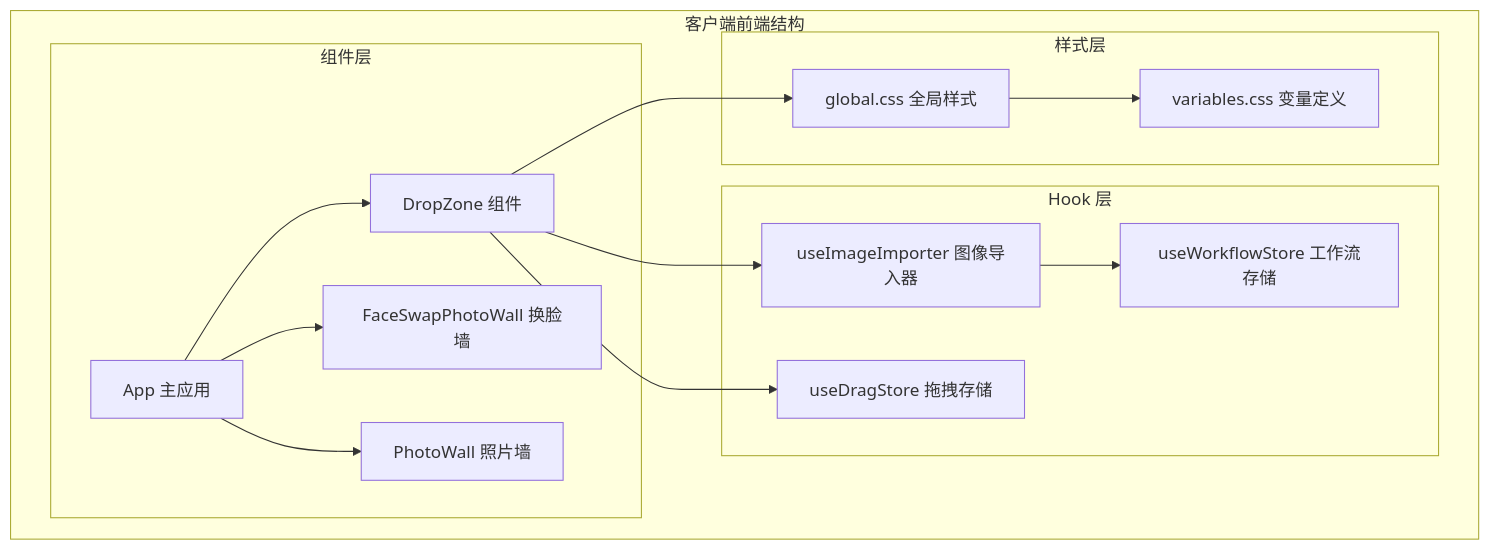
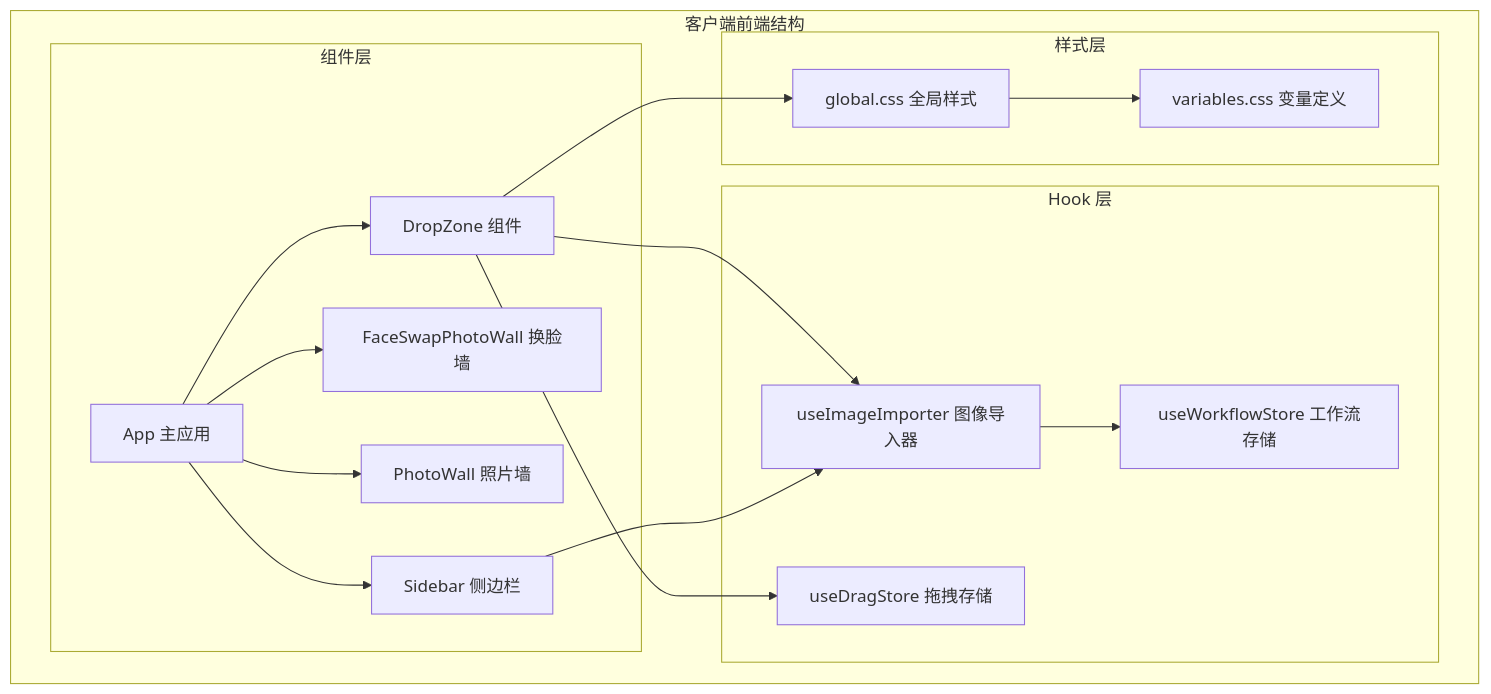
Before and after one commit to billye220670/CorineKit_Pix2Real: the first of 13 diagrams in .qoder/repowiki/zh/content/用户界面组件/核心界面组件/拖拽上传区域 (DropZone).md, drawn with Mermaid. The commit also changed other lines of this file and 13 other files, not shown here.

````diff
--- a/.qoder/repowiki/zh/content/用户界面组件/核心界面组件/拖拽上传区域 (DropZone).md
+++ b/.qoder/repowiki/zh/content/用户界面组件/核心界面组件/拖拽上传区域 (DropZone).md
@@ -36,28 +47,31 @@
 ```mermaid
 graph TB
 subgraph "客户端前端结构"
 subgraph "组件层"
 DZ[DropZone 组件]
 APP[App 主应用]
 FS[FaceSwapPhotoWall 换脸墙]
 PW[PhotoWall 照片墙]
+SB[Sidebar 侧边栏]
 end
 subgraph "Hook 层"
 UII[useImageImporter 图像导入器]
 UWS[useWorkflowStore 工作流存储]
 UDS[useDragStore 拖拽存储]
 end
 subgraph "样式层"
 GC[global.css 全局样式]
 VC[variables.css 变量定义]
 end
 end
 APP --> DZ
 APP --> FS
 APP --> PW
+APP --> SB
 DZ --> UII
 UII --> UWS
 DZ --> UDS
 DZ --> GC
 GC --> VC
+SB --> UII
 ```
````
